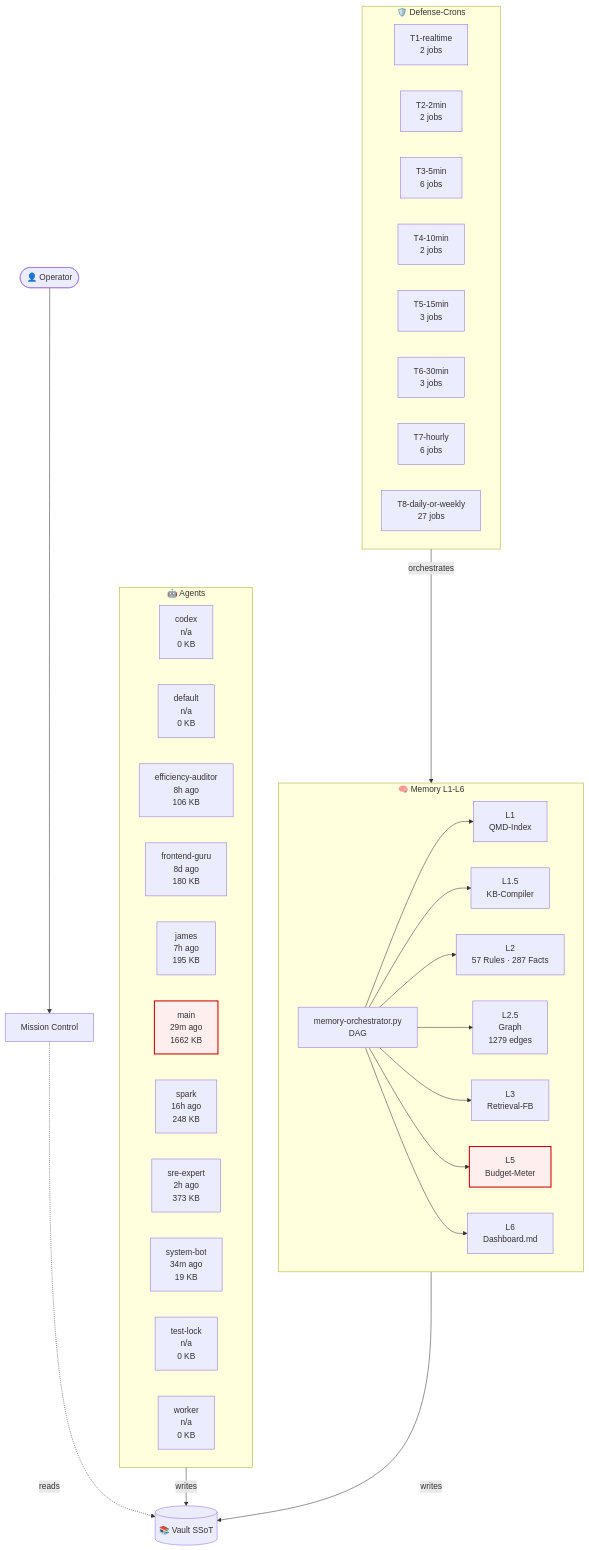
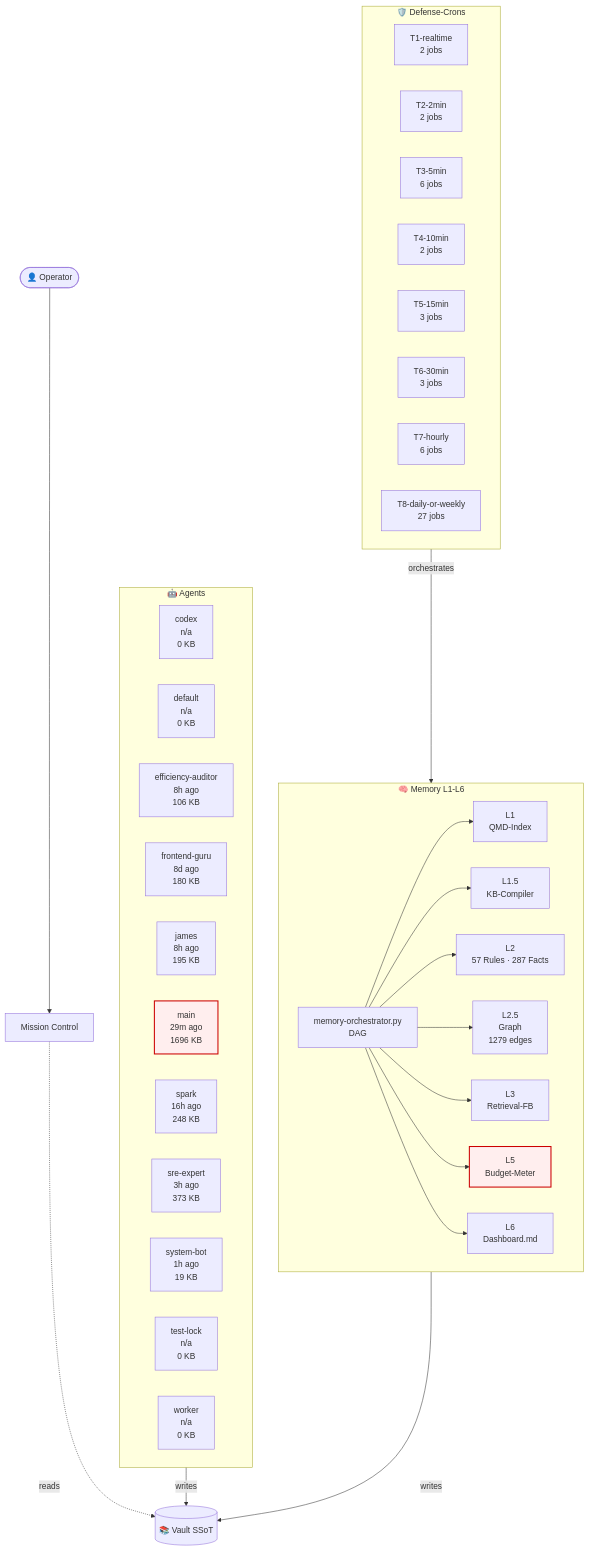
One commit to lenardhuebner88-rgb/openclaw-memory changed the diagram in 03-Agents/architecture-live.md. Above: the diagram before and after it, drawn with Mermaid. The commit also changed other lines of this file and 1 other file, not shown here.

````diff
--- a/03-Agents/architecture-live.md
+++ b/03-Agents/architecture-live.md
@@ -18,54 +18,54 @@
 ```mermaid
 flowchart TB
     classDef critical fill:#fee,stroke:#c00,stroke-width:2px;
     subgraph AGT["🤖 Agents"]
         agent_codex["codex<br/>n/a<br/>0 KB"]
         agent_default["default<br/>n/a<br/>0 KB"]
         agent_efficiency_auditor["efficiency-auditor<br/>8h ago<br/>106 KB"]
         agent_frontend_guru["frontend-guru<br/>8d ago<br/>180 KB"]
-        agent_james["james<br/>7h ago<br/>195 KB"]
-        agent_main["main<br/>29m ago<br/>1662 KB"]
+        agent_james["james<br/>8h ago<br/>195 KB"]
+        agent_main["main<br/>29m ago<br/>1696 KB"]
         agent_spark["spark<br/>16h ago<br/>248 KB"]
-        agent_sre_expert["sre-expert<br/>2h ago<br/>373 KB"]
-        agent_system_bot["system-bot<br/>34m ago<br/>19 KB"]
+        agent_sre_expert["sre-expert<br/>3h ago<br/>373 KB"]
+        agent_system_bot["system-bot<br/>1h ago<br/>19 KB"]
         agent_test_lock["test-lock<br/>n/a<br/>0 KB"]
         agent_worker["worker<br/>n/a<br/>0 KB"]
     end
     subgraph MEM["🧠 Memory L1-L6"]
         L1["L1<br/>QMD-Index"]
         L15["L1.5<br/>KB-Compiler"]
         L2["L2<br/>57 Rules · 287 Facts"]
         L25["L2.5<br/>Graph<br/>1279 edges"]
         L3["L3<br/>Retrieval-FB"]
         L5["L5<br/>Budget-Meter"]
         L6["L6<br/>Dashboard.md"]
         ORCH["memory-orchestrator.py<br/>DAG"]
     end
     subgraph CRN["🛡️ Defense-Crons"]
         tier_T1_realtime["T1-realtime<br/>2 jobs"]
         tier_T2_2min["T2-2min<br/>2 jobs"]
         tier_T3_5min["T3-5min<br/>6 jobs"]
         tier_T4_10min["T4-10min<br/>2 jobs"]
         tier_T5_15min["T5-15min<br/>3 jobs"]
         tier_T6_30min["T6-30min<br/>3 jobs"]
         tier_T7_hourly["T7-hourly<br/>6 jobs"]
         tier_T8_daily_or_weekly["T8-daily-or-weekly<br/>27 jobs"]
     end
     VAULT[("📚 Vault SSoT")]
     OP([👤 Operator])
     MC["Mission Control"]
     OP --> MC
     MC -.reads.-> VAULT
     AGT -->|writes| VAULT
     MEM -->|writes| VAULT
     ORCH --> L1
     ORCH --> L15
     ORCH --> L2
     ORCH --> L25
     ORCH --> L3
     ORCH --> L5
     ORCH --> L6
     CRN -->|orchestrates| MEM
     class L5 critical
     class agent_main critical
 ```
````
